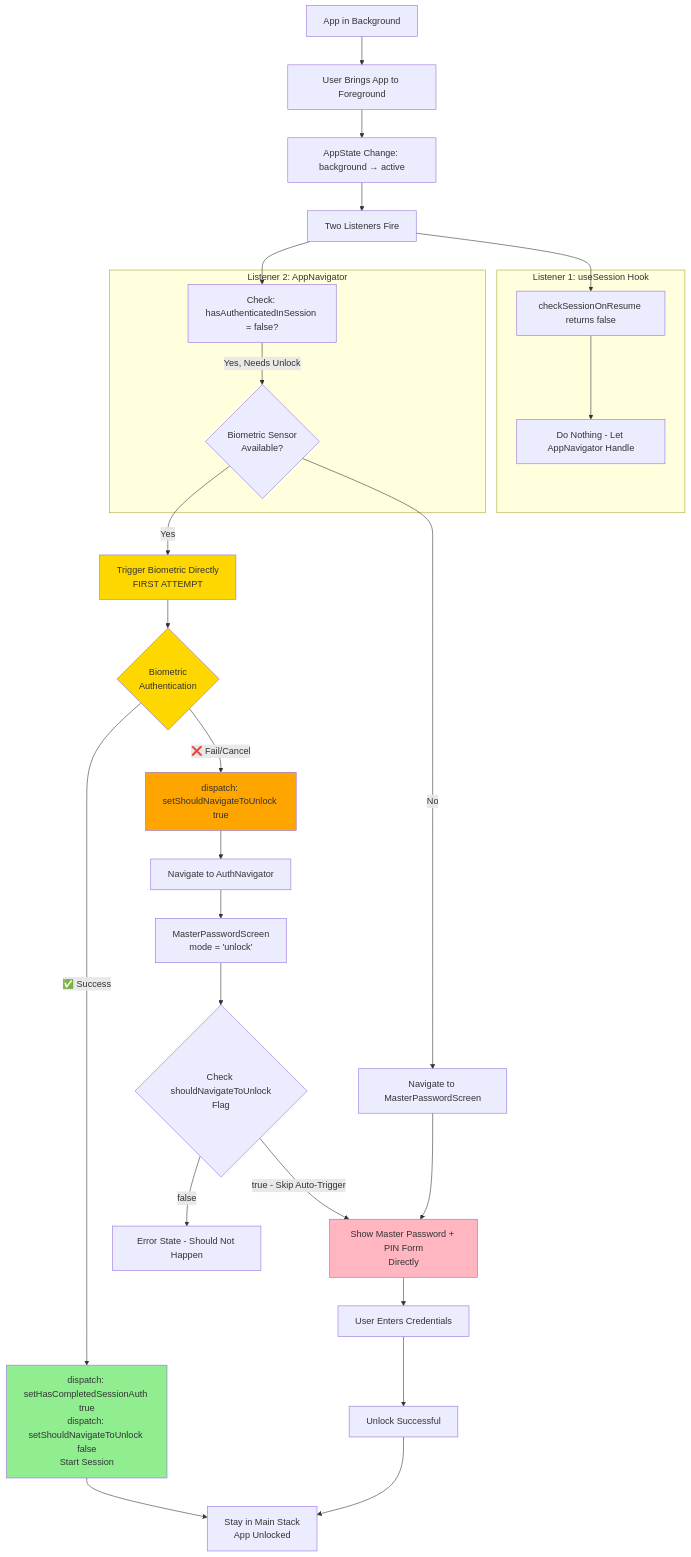
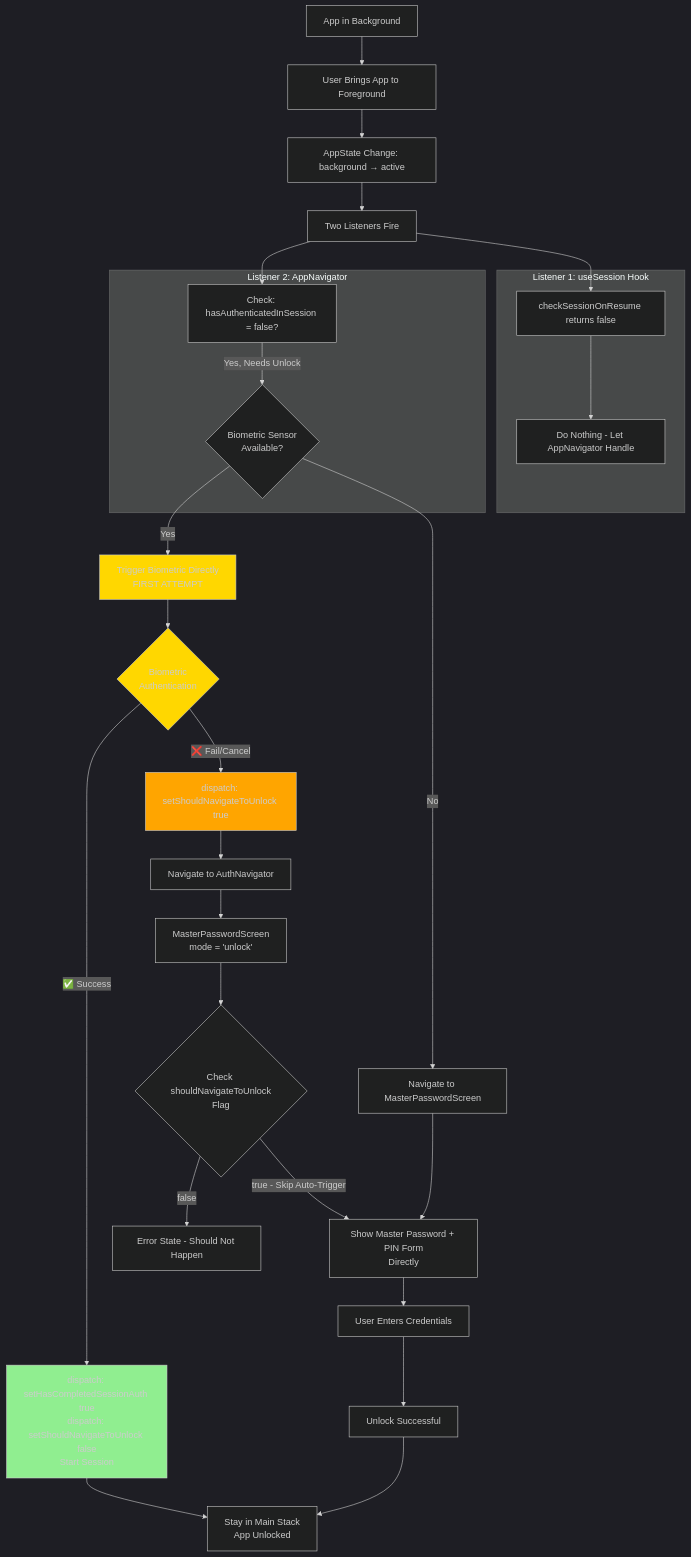
One commit to TuPhung369/PasswordEpic changed the third of 17 diagrams in PasswordEpic.md. Above: the diagram before and after it, drawn with Mermaid. The commit also changed other lines of this file, not shown here.

````diff
--- a/PasswordEpic.md
+++ b/PasswordEpic.md
@@ -324,50 +326,51 @@
 ```mermaid
+%%{init: {'theme': 'dark'}}%%
 flowchart TD
     A[App in Background] --> B[User Brings App to Foreground]
     B --> C[AppState Change: background → active]
 
     C --> D[Two Listeners Fire]
 
     subgraph "Listener 1: useSession Hook"
         E[checkSessionOnResume returns false]
         F[Do Nothing - Let AppNavigator Handle]
     end
 
     subgraph "Listener 2: AppNavigator"
         G[Check: hasAuthenticatedInSession = false?]
         H{Biometric Sensor<br/>Available?}
     end
 
     D --> E
     E --> F
     D --> G
 
     G -->|Yes, Needs Unlock| H
     H -->|Yes| I[Trigger Biometric Directly<br/>FIRST ATTEMPT]
     H -->|No| P[Navigate to MasterPasswordScreen]
 
     I --> J{Biometric<br/>Authentication}
 
     J -->|✅ Success| K[dispatch: setHasCompletedSessionAuth true<br/>dispatch: setShouldNavigateToUnlock false<br/>Start Session]
     J -->|❌ Fail/Cancel| L[dispatch: setShouldNavigateToUnlock true]
 
     K --> M[Stay in Main Stack<br/>App Unlocked]
 
     L --> N[Navigate to AuthNavigator]
     N --> O[MasterPasswordScreen<br/>mode = 'unlock']
 
     O --> P2{Check shouldNavigateToUnlock<br/>Flag}
     P2 -->|true - Skip Auto-Trigger| Q[Show Master Password + PIN Form<br/>Directly]
     P2 -->|false| R[Error State - Should Not Happen]
 
     P --> Q
     Q --> S[User Enters Credentials]
     S --> T[Unlock Successful]
     T --> M
 
     style I fill:#FFD700
     style J fill:#FFD700
     style K fill:#90EE90
     style L fill:#FFA500
-    style Q fill:#FFB6C1
+    style Q fill:#1F2020
 ```
````
